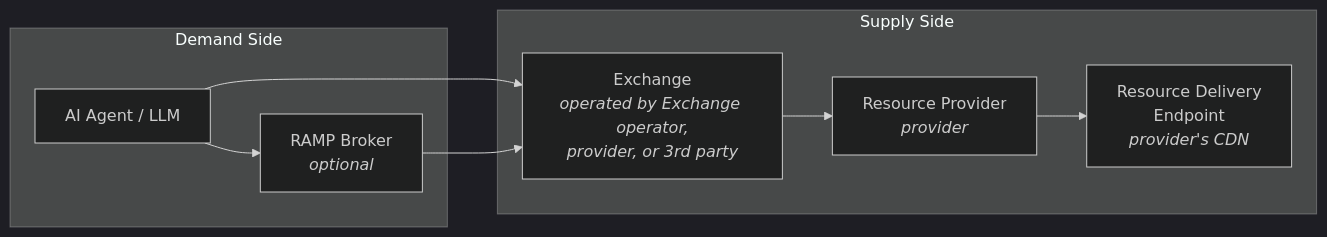
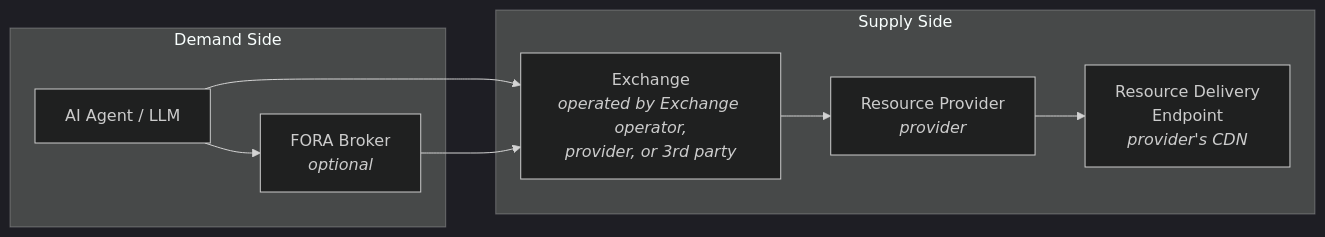
One commit to FORA-Protocol/protocol changed the second of 2 diagrams in website/src/content/docs/protocol/standards-layering.mdx. Above: the diagram before and after it, drawn with Mermaid (dark theme). The commit also changed other lines of this file and 529 other files, not shown here.

First line of the commit message:
Rename the protocol from RAMP to FORA

````diff
--- a/website/src/content/docs/protocol/standards-layering.mdx
+++ b/website/src/content/docs/protocol/standards-layering.mdx
@@ -73,19 +73,19 @@
 ```mermaid
 graph LR
     subgraph "Demand Side"
         Agent[AI Agent / LLM]
-        Orch[RAMP Broker<br/><i>optional</i>]
+        Orch[FORA Broker<br/><i>optional</i>]
     end
 
     subgraph "Supply Side"
         MP[Exchange<br/><i>operated by Exchange operator,<br/>provider, or 3rd party</i>]
         PUB[Resource Provider<br/><i>provider</i>]
         CDN[Resource Delivery<br/>Endpoint<br/><i>provider's CDN</i>]
     end
 
     Agent --> Orch
     Agent --> MP
     Orch --> MP
     MP --> PUB
     PUB --> CDN
 ```
````
